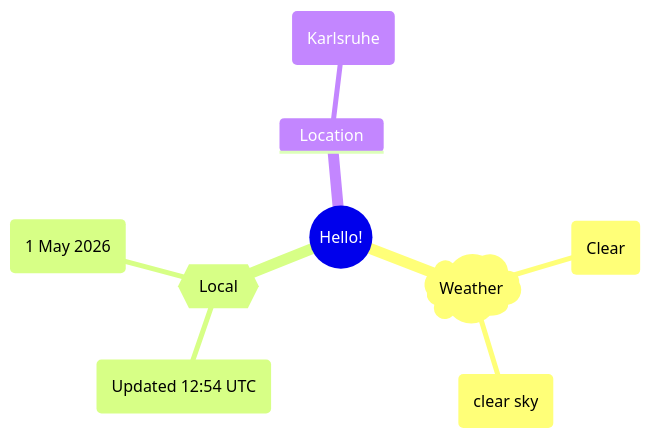
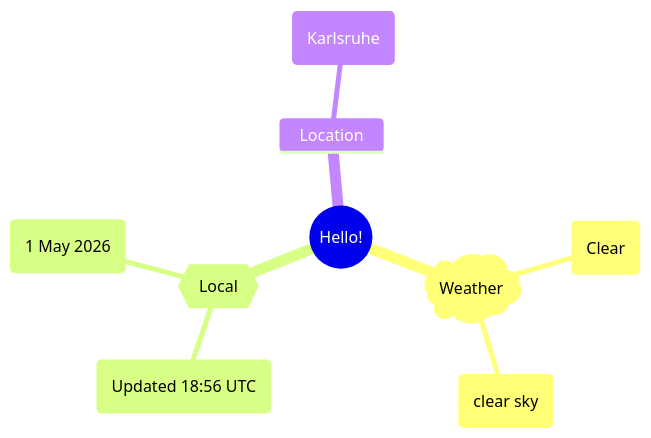
The first of 2 diagrams in README.md (Xosrov/Xosrov), drawn with Mermaid before and after one commit.

Commit message:
[bot] updated images

````diff
--- a/README.md
+++ b/README.md
@@ -3,12 +3,12 @@
 ```mermaid
 mindmap
   root((Hello!))
     )Weather(
         (Clear)
         (clear sky)
     {{Local}}
-        (Updated 12:54 UTC)
+        (Updated 18:56 UTC)
         (1 May 2026)
     Location
         (Karlsruhe)
 ```
````
